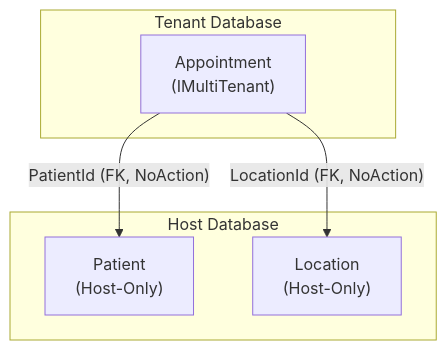
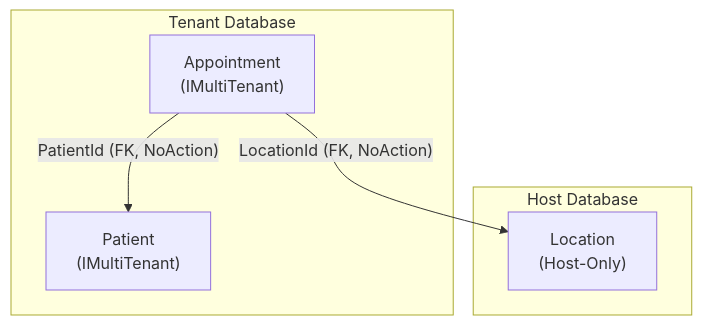
One commit to gesco-healthcare-support/hcs-patient-portal changed the third of 4 diagrams in docs/architecture/MULTI-TENANCY.md. Above: the diagram before and after it, drawn with Mermaid. The commit also changed other lines of this file and 42 other files, not shown here.

````diff
--- a/docs/architecture/MULTI-TENANCY.md
+++ b/docs/architecture/MULTI-TENANCY.md
@@ -140,14 +180,14 @@
 ```mermaid
 flowchart TD
     subgraph TenantDB["Tenant Database"]
         Appointment["Appointment\n(IMultiTenant)"]
+        Patient["Patient\n(IMultiTenant)"]
     end
 
     subgraph HostDB["Host Database"]
-        Patient["Patient\n(Host-Only)"]
         Location["Location\n(Host-Only)"]
     end
 
     Appointment -- "PatientId (FK, NoAction)" --> Patient
     Appointment -- "LocationId (FK, NoAction)" --> Location
 ```
````
